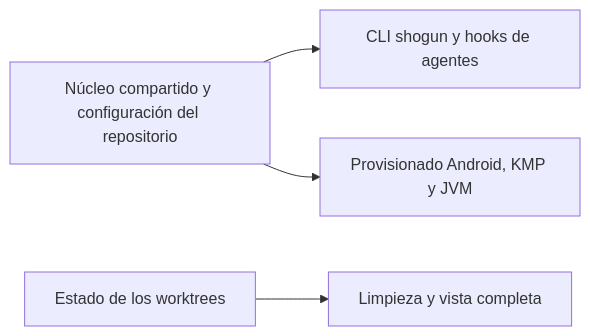
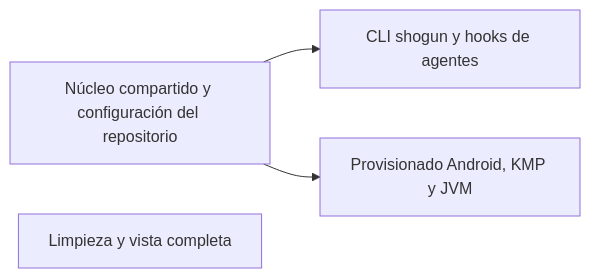
The diagram in docs/roadmap.es.md (LuxionServer/ShogunAi), drawn with Mermaid before and after one commit. The commit also changed other lines of this file and 9 other files, not shown here.

````diff
--- a/docs/roadmap.es.md
+++ b/docs/roadmap.es.md
@@ -17,6 +17,6 @@
 ```mermaid
 graph LR
     A["Núcleo compartido y configuración del repositorio"] --> B["CLI shogun y hooks de agentes"]
     A --> D["Provisionado Android, KMP y JVM"]
-    C["Estado de los worktrees"] --> E["Limpieza y vista completa"]
+    E["Limpieza y vista completa"]
 ```
````
